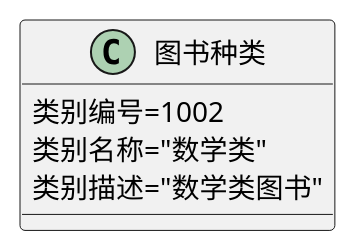
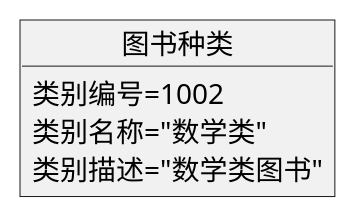
The diagram in test3/puml/bookKind.puml (YYttaa/is_analysis-2), drawn with PlantUML before and after one commit. The commit also changed 18 other files, not shown here.

```diff
--- a/test3/puml/bookKind.puml
+++ b/test3/puml/bookKind.puml
@@ -1,9 +1,9 @@
 @startuml
 
-class 图书种类{
+object 图书种类{
     类别编号=1002
     类别名称="数学类"
     类别描述="数学类图书"
  }
 
 @enduml
```
